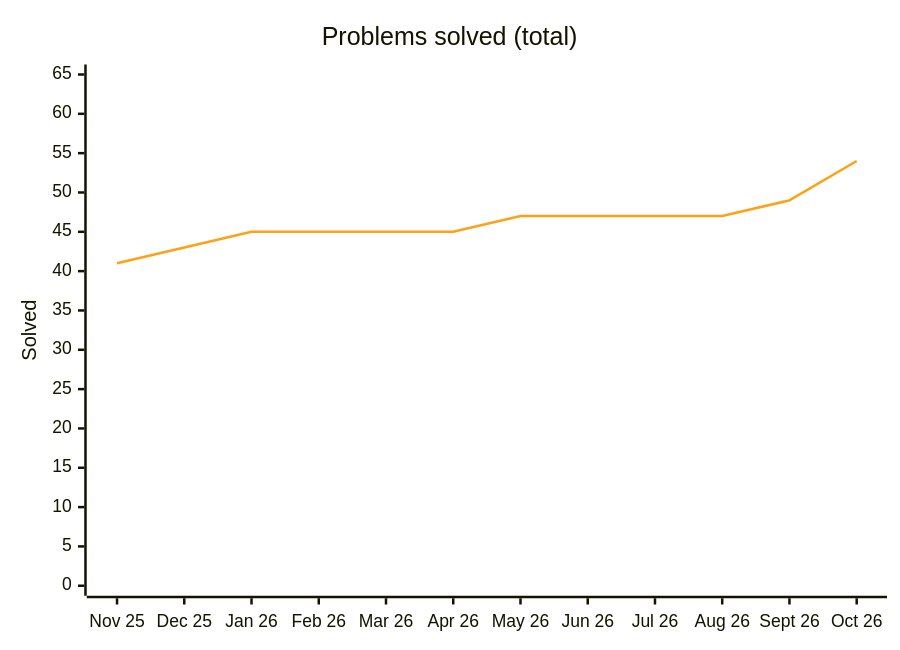
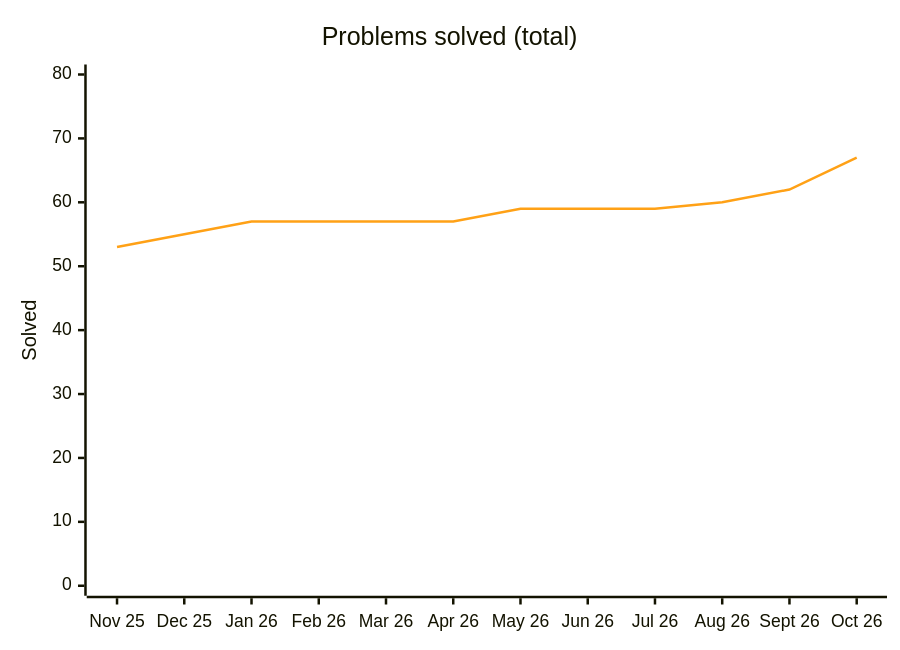
Before and after one commit to samy-D5/Leetcode: the diagram in README.md, drawn with Mermaid. The commit also changed other lines of this file and 14 other files, not shown here.

````diff
--- a/README.md
+++ b/README.md
@@ -42,8 +42,8 @@
 ```mermaid
 %%{init: {"themeVariables": {"xyChart": {"plotColorPalette": "#ffa116"}}}}%%
 xychart-beta
     title "Problems solved (total)"
     x-axis ["Nov 25", "Dec 25", "Jan 26", "Feb 26", "Mar 26", "Apr 26", "May 26", "Jun 26", "Jul 26", "Aug 26", "Sept 26", "Oct 26"]
-    y-axis "Solved" 0 --> 65
-    line [41, 43, 45, 45, 45, 45, 47, 47, 47, 47, 49, 54]
+    y-axis "Solved" 0 --> 80
+    line [53, 55, 57, 57, 57, 57, 59, 59, 59, 60, 62, 67]
 ```
````
